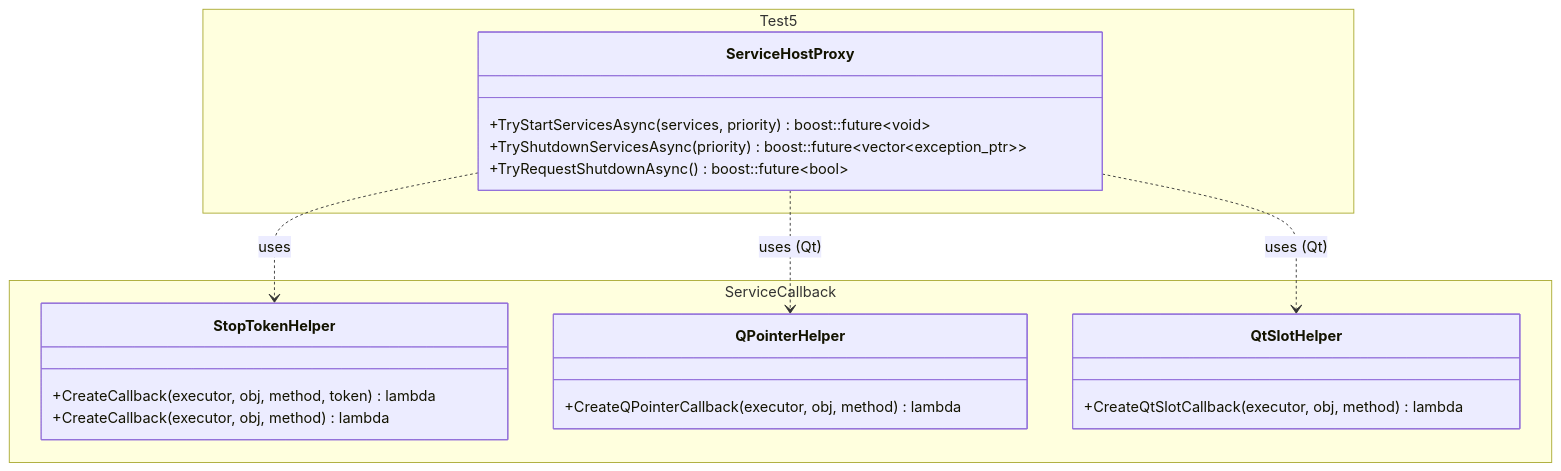
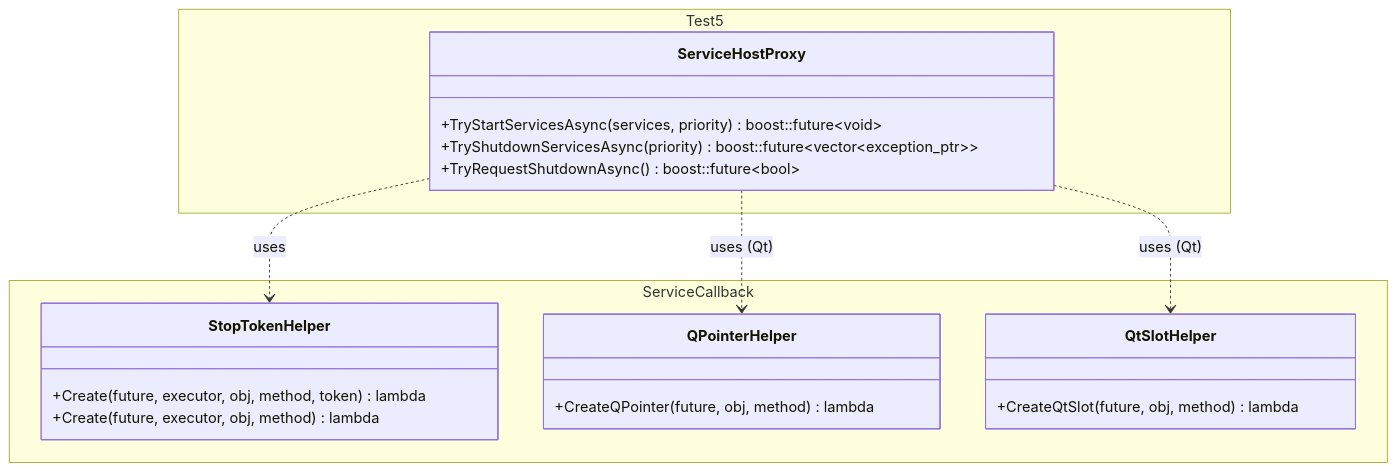
One commit to Unarmed1000/ServiceFrameworkExperiments changed the diagram in include/Test5/README.md. Above: the diagram before and after it, drawn with Mermaid. The commit also changed other lines of this file and 3 other files, not shown here.

````diff
--- a/include/Test5/README.md
+++ b/include/Test5/README.md
@@ -38,29 +38,29 @@
 ```mermaid
 classDiagram
     namespace Test5 {
         class ServiceHostProxy {
             +TryStartServicesAsync(services, priority) boost::future~void~
             +TryShutdownServicesAsync(priority) boost::future~vector~exception_ptr~~
             +TryRequestShutdownAsync() boost::future~bool~
         }
     }
 
 namespace ServiceCallback {
         class StopTokenHelper {
-            +CreateCallback(executor, obj, method, token) lambda
-            +CreateCallback(executor, obj, method) lambda
+            +Create(future, executor, obj, method, token) lambda
+            +Create(future, executor, obj, method) lambda
         }
 
         class QPointerHelper {
-            +CreateQPointerCallback(executor, obj, method) lambda
+            +CreateQPointer(future, obj, method) lambda
         }
 
         class QtSlotHelper {
-            +CreateQtSlotCallback(executor, obj, method) lambda
+            +CreateQtSlot(future, obj, method) lambda
         }
     }
 
     ServiceHostProxy ..> StopTokenHelper : uses
     ServiceHostProxy ..> QPointerHelper : uses (Qt)
     ServiceHostProxy ..> QtSlotHelper : uses (Qt)
 ```
````
